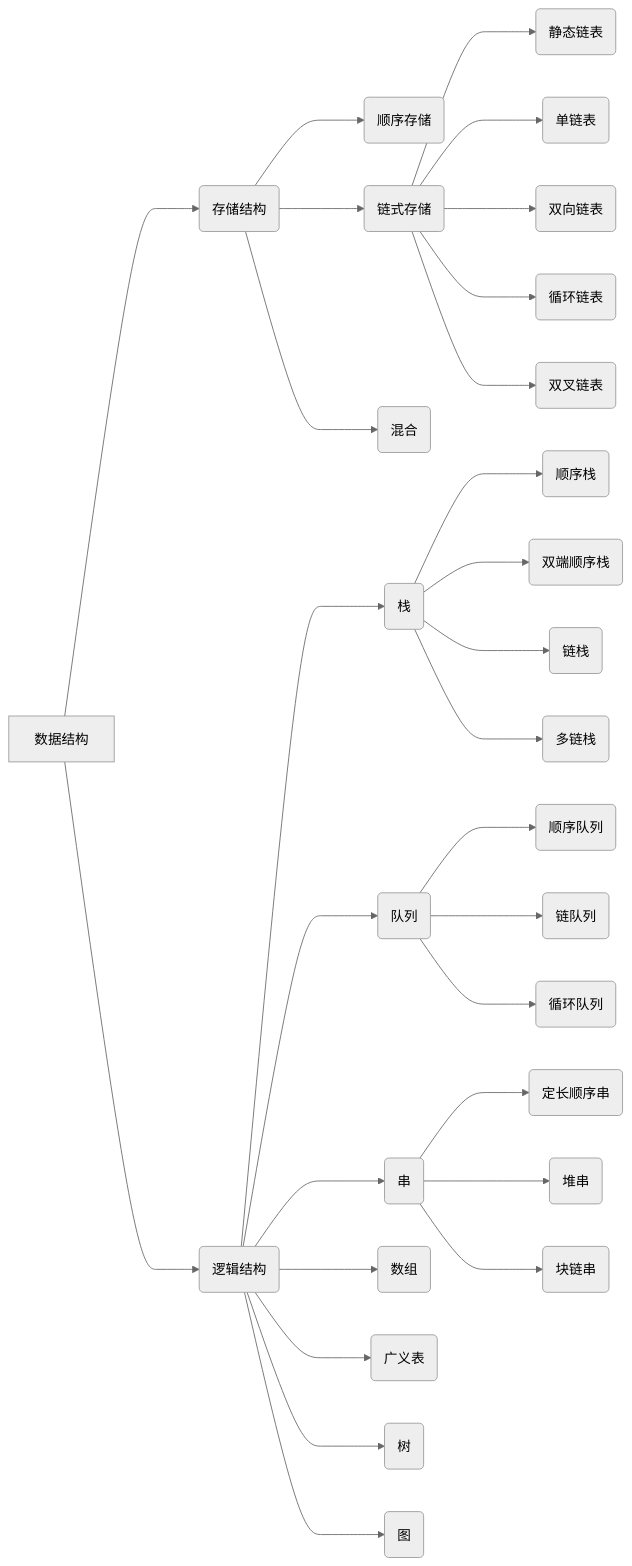
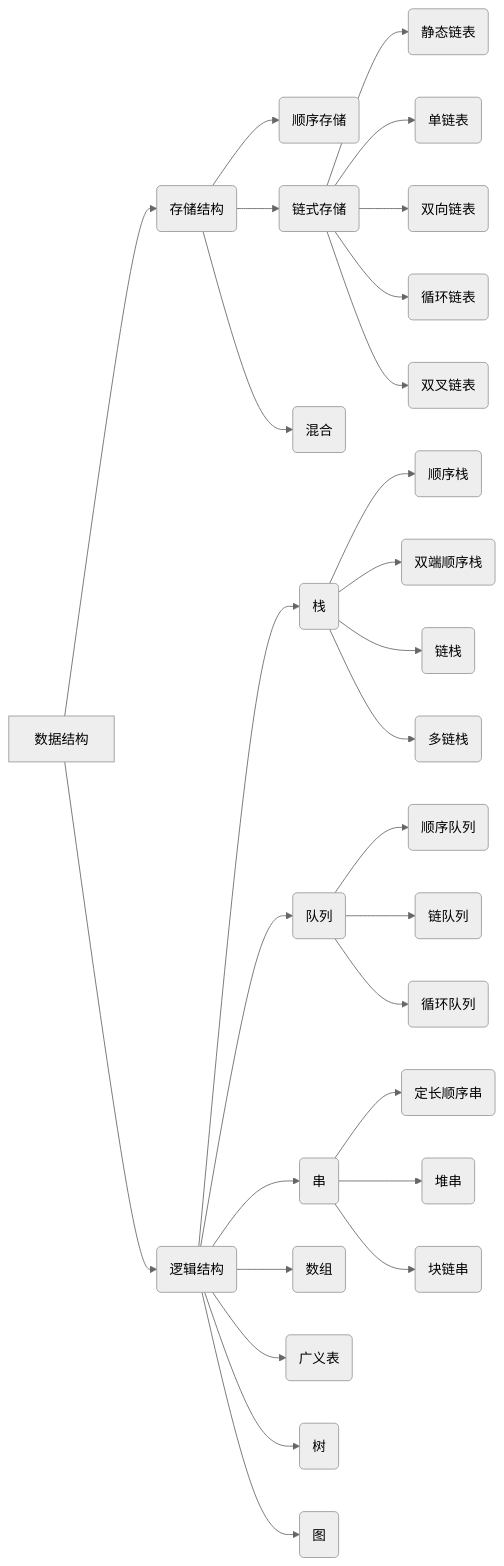
The diagram in md/Data Struct .md (mumu176/learnc), drawn with Mermaid (neutral theme) before and after one commit.

````diff
--- a/md/Data Struct .md
+++ b/md/Data Struct .md
@@ -5,38 +5,38 @@
 ```mermaid
 graph LR
 A[数据结构]
-A--->B1(存储结构)
-A--->B2(逻辑结构)
+A-->B1(存储结构)
+A-->B2(逻辑结构)
 
-B1--->B11(顺序存储)
-B1--->B12(链式存储)
-B1--->B13(混合)
-B2--->B21(栈)
-B2--->B22(队列)
-B2--->B23(串)
-B2--->B24(数组)
-B2--->B25(广义表)
-B2--->B26(树)
-B2--->B27(图)
+B1-->B11(顺序存储)
+B1-->B12(链式存储)
+B1-->B13(混合)
+B2-->B21(栈)
+B2-->B22(队列)
+B2-->B23(串)
+B2-->B24(数组)
+B2-->B25(广义表)
+B2-->B26(树)
+B2-->B27(图)
 
-B12--->B120(静态链表)
-B12--->B121(单链表)
-B12--->B122(双向链表)
-B12--->B123(循环链表)
-B12--->B124(双叉链表)
+B12-->B120(静态链表)
+B12-->B121(单链表)
+B12-->B122(双向链表)
+B12-->B123(循环链表)
+B12-->B124(双叉链表)
 
-B21--->B211(顺序栈)
-B21--->B212(双端顺序栈)
-B21--->B213(链栈)
-B21--->B214(多链栈)
+B21-->B211(顺序栈)
+B21-->B212(双端顺序栈)
+B21-->B213(链栈)
+B21-->B214(多链栈)
 
-B22--->B221(顺序队列)
-B22--->B222(链队列)
-B22--->B223(循环队列)
+B22-->B221(顺序队列)
+B22-->B222(链队列)
+B22-->B223(循环队列)
 
-B23--->B231(定长顺序串)
-B23--->B232(堆串)
-B23--->B233(块链串)
+B23-->B231(定长顺序串)
+B23-->B232(堆串)
+B23-->B233(块链串)
 
 
 ```
````
